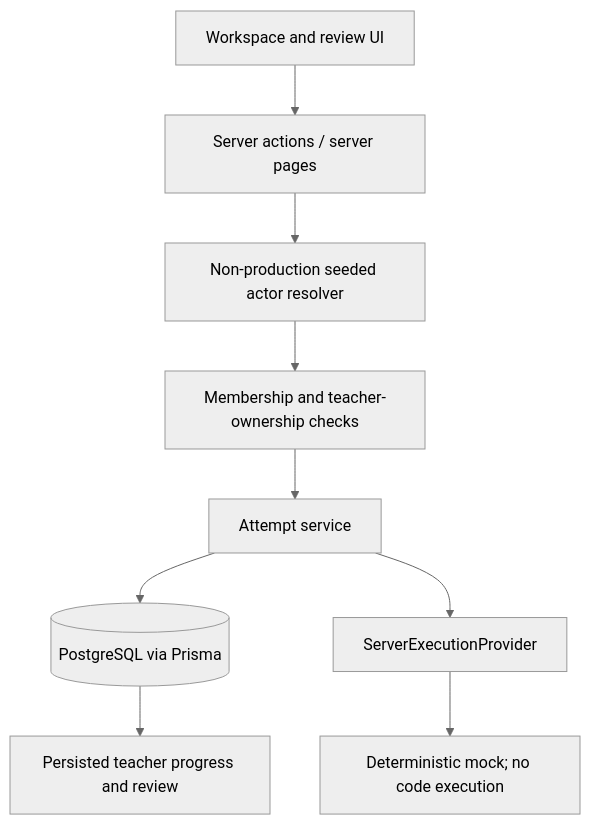
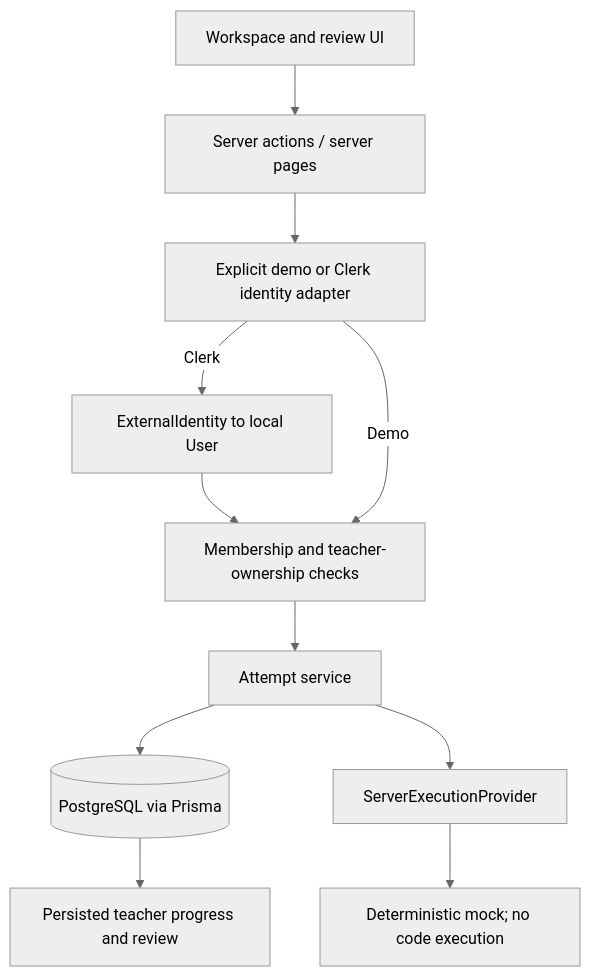
Before and after one commit to Tanishk1989/Labrix: the first of 2 diagrams in docs/04-ARCHITECTURE.md, drawn with Mermaid (neutral theme). The commit also changed other lines of this file and 43 other files, not shown here.

````diff
--- a/docs/04-ARCHITECTURE.md
+++ b/docs/04-ARCHITECTURE.md
@@ -7,11 +7,13 @@
 ```mermaid
 flowchart TB
   UI["Workspace and review UI"] --> A["Server actions / server pages"]
-  A --> ID["Non-production seeded actor resolver"]
-  ID --> AUTHZ["Membership and teacher-ownership checks"]
+  A --> ID["Explicit demo or Clerk identity adapter"]
+  ID -->|"Clerk"| MAP["ExternalIdentity to local User"]
+  MAP --> AUTHZ
+  ID -->|"Demo"| AUTHZ["Membership and teacher-ownership checks"]
   AUTHZ --> SVC["Attempt service"]
   SVC --> DB[("PostgreSQL via Prisma")]
   SVC --> EP["ServerExecutionProvider"]
   EP --> MOCK["Deterministic mock; no code execution"]
   DB --> REVIEW["Persisted teacher progress and review"]
 ```
````
